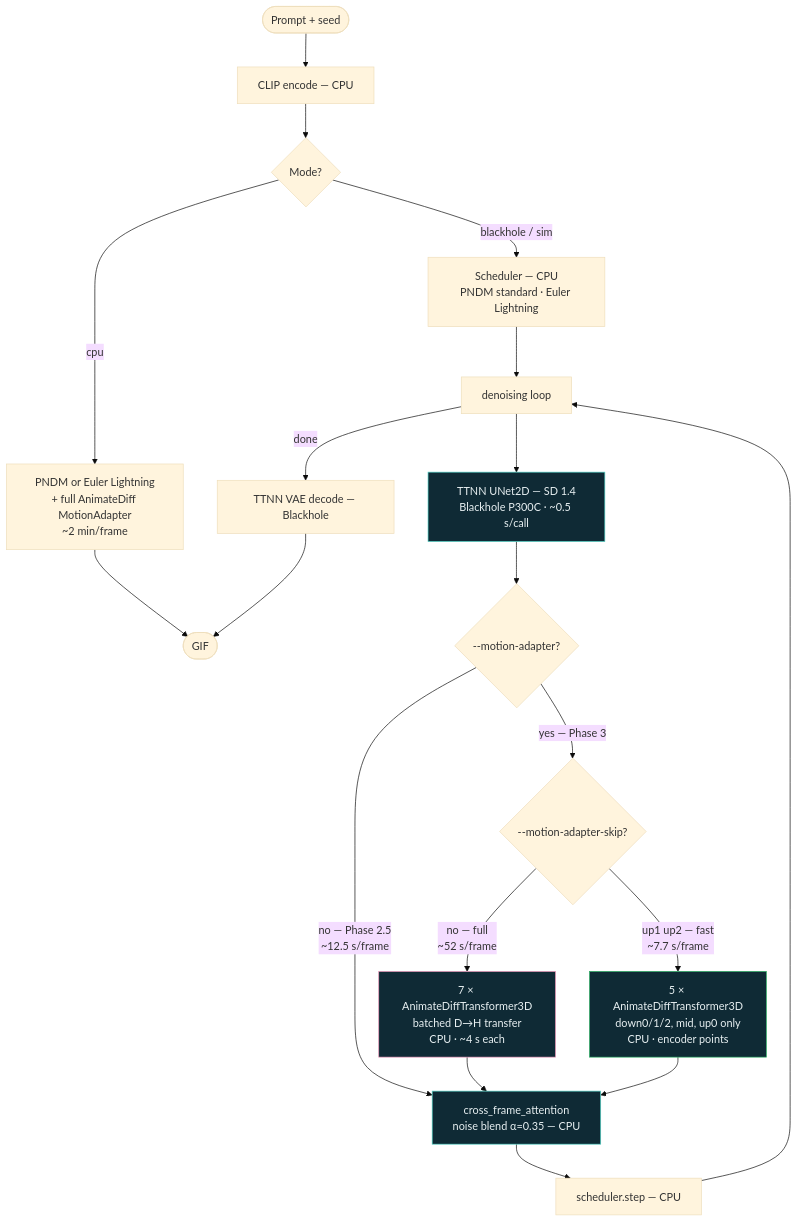
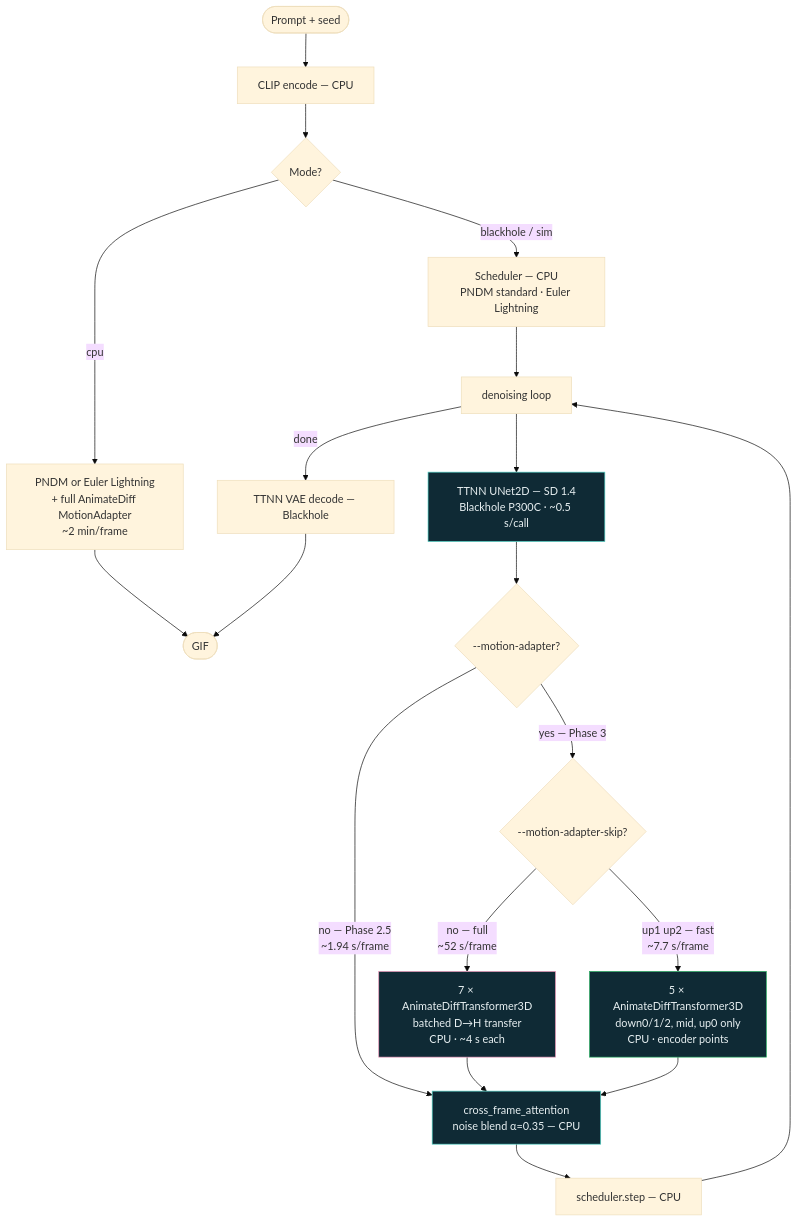
Before and after one commit to tenstorrent/tt-animatediff: the first of 2 diagrams in README.md, drawn with Mermaid (base theme). The commit also changed other lines of this file and 49 other files, not shown here.

````diff
--- a/README.md
+++ b/README.md
@@ -378,31 +452,31 @@
 ```mermaid
 flowchart TD
     P([Prompt + seed]) --> ENC["CLIP encode — CPU"]
     ENC --> MODE{Mode?}
 
     MODE -->|cpu| CPU_SCHED["PNDM or Euler Lightning\n+ full AnimateDiff MotionAdapter\n~2 min/frame"]
     CPU_SCHED --> GIF([GIF])
 
     MODE -->|blackhole / sim| SCHED["Scheduler — CPU\nPNDM standard · Euler Lightning"]
     SCHED --> LOOP["denoising loop"]
     LOOP --> BH_UNET["TTNN UNet2D — SD 1.4\nBlackhole P300C · ~0.5 s/call"]
     BH_UNET --> PHASE{"--motion-adapter?"}
 
-    PHASE -->|no — Phase 2.5\n~12.5 s/frame| CFA["cross_frame_attention\nnoise blend α=0.35 — CPU"]
+    PHASE -->|no — Phase 2.5\n~1.94 s/frame| CFA["cross_frame_attention\nnoise blend α=0.35 — CPU"]
     PHASE -->|yes — Phase 3| SKIP{"--motion-adapter-skip?"}
 
     SKIP -->|no — full\n~52 s/frame| MA_FULL["7 × AnimateDiffTransformer3D\nbatched D→H transfer\nCPU · ~4 s each"]
     SKIP -->|up1 up2 — fast\n~7.7 s/frame| MA_SKIP["5 × AnimateDiffTransformer3D\ndown0/1/2, mid, up0 only\nCPU · encoder points"]
 
     MA_FULL --> CFA
     MA_SKIP --> CFA
     CFA --> STEP["scheduler.step — CPU"]
     STEP --> LOOP
     LOOP -->|done| BH_VAE["TTNN VAE decode — Blackhole"]
     BH_VAE --> GIF
 
     style BH_UNET fill:#0f2a35,stroke:#4fd1c5,color:#e8f0f2
     style MA_FULL fill:#0f2a35,stroke:#ec96b8,color:#e8f0f2
     style MA_SKIP fill:#0f2a35,stroke:#27ae60,color:#e8f0f2
     style CFA fill:#0f2a35,stroke:#4fd1c5,color:#e8f0f2
 ```
````
